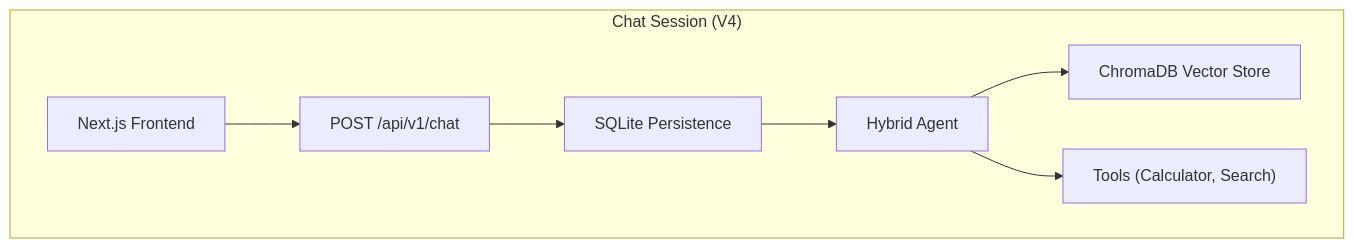
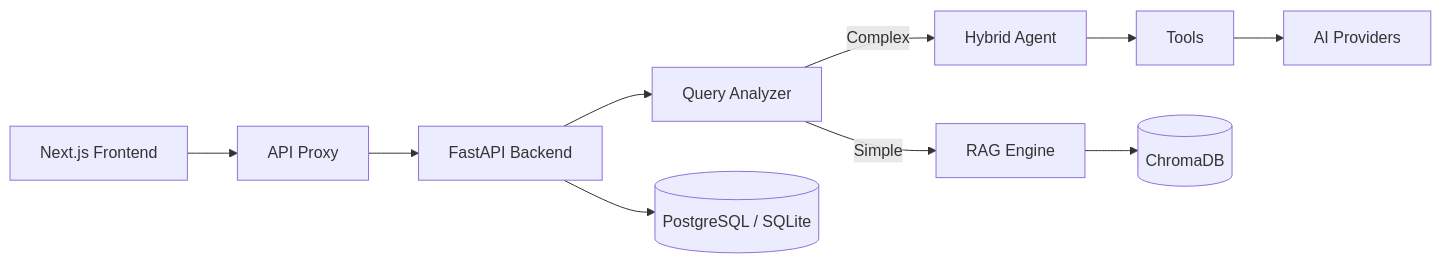
Before and after one commit to kleink1995/ai-real-estate-assistant: the diagram in README.md, drawn with Mermaid. The commit also changed other lines of this file and 13 other files, not shown here.

````diff
--- a/README.md
+++ b/README.md
@@ -85,10 +48,12 @@
 ```mermaid
-flowchart TB
-  subgraph Session["Chat Session (V4)"]
-    Client["Next.js Frontend"] --> Req["POST /api/v1/chat"]
-    Req --> DB["SQLite Persistence"]
-    DB --> Agent["Hybrid Agent"]
-    Agent --> VS["ChromaDB Vector Store"]
-    Agent --> Tools["Tools (Calculator, Search)"]
-  end
+graph LR
+    UI["Next.js Frontend"] --> Proxy["API Proxy"]
+    Proxy --> API["FastAPI Backend"]
+    API --> QA["Query Analyzer"]
+    QA -->|Simple| RAG["RAG Engine"]
+    QA -->|Complex| Agent["Hybrid Agent"]
+    Agent --> Tools["Tools"]
+    RAG --> VDB[("ChromaDB")]
+    Tools --> LLM["AI Providers"]
+    API --> DB[("PostgreSQL / SQLite")]
 ```
````
